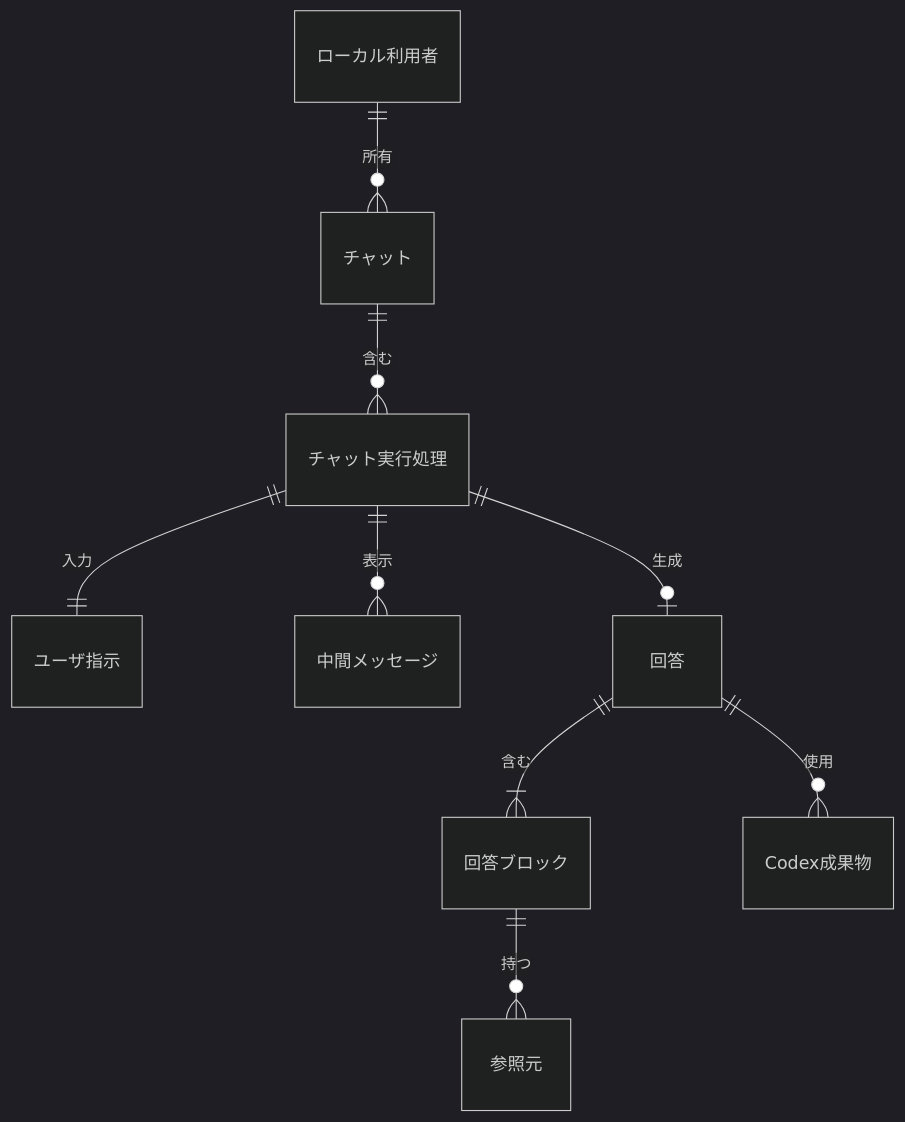
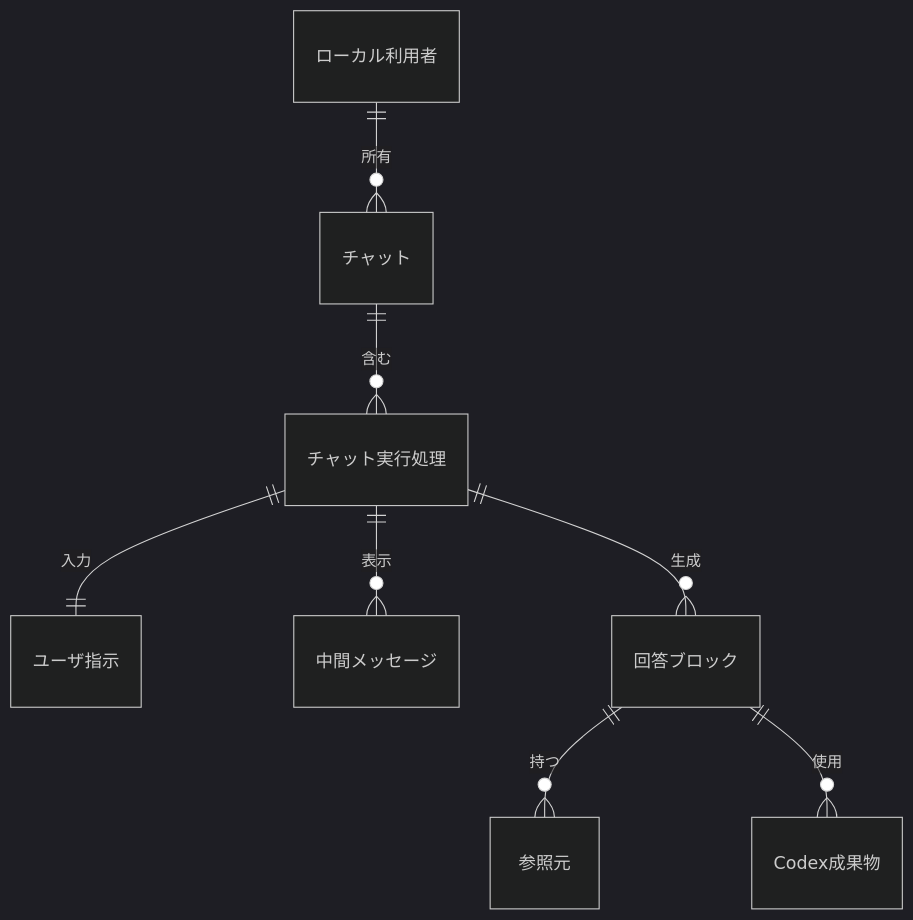
One commit to mincsys/D-Concierge changed the diagram in docs/02_外部設計/05_論理データ設計/論理データ設計.md. Above: the diagram before and after it, drawn with Mermaid (dark theme). The commit also changed other lines of this file and 36 other files, not shown here.

````diff
--- a/docs/02_外部設計/05_論理データ設計/論理データ設計.md
+++ b/docs/02_外部設計/05_論理データ設計/論理データ設計.md
@@ -36,11 +35,10 @@
 ```mermaid
 erDiagram
     ローカル利用者 ||--o{ チャット : 所有
     チャット ||--o{ チャット実行処理 : 含む
     チャット実行処理 ||--|| ユーザ指示 : 入力
     チャット実行処理 ||--o{ 中間メッセージ : 表示
-    チャット実行処理 ||--o| 回答 : 生成
-    回答 ||--|{ 回答ブロック : 含む
+    チャット実行処理 ||--o{ 回答ブロック : 生成
     回答ブロック ||--o{ 参照元 : 持つ
-    回答 ||--o{ Codex成果物 : 使用
+    回答ブロック ||--o{ Codex成果物 : 使用
 ```
````
